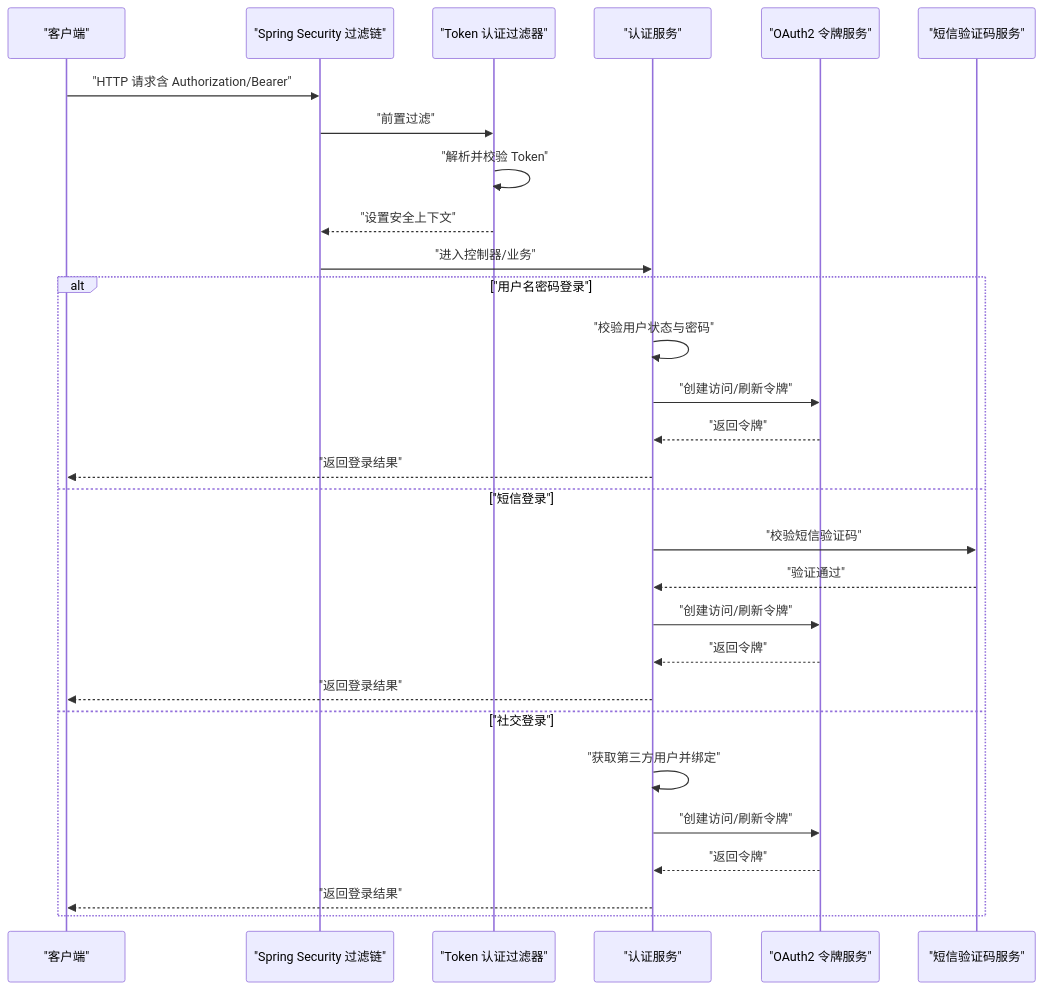
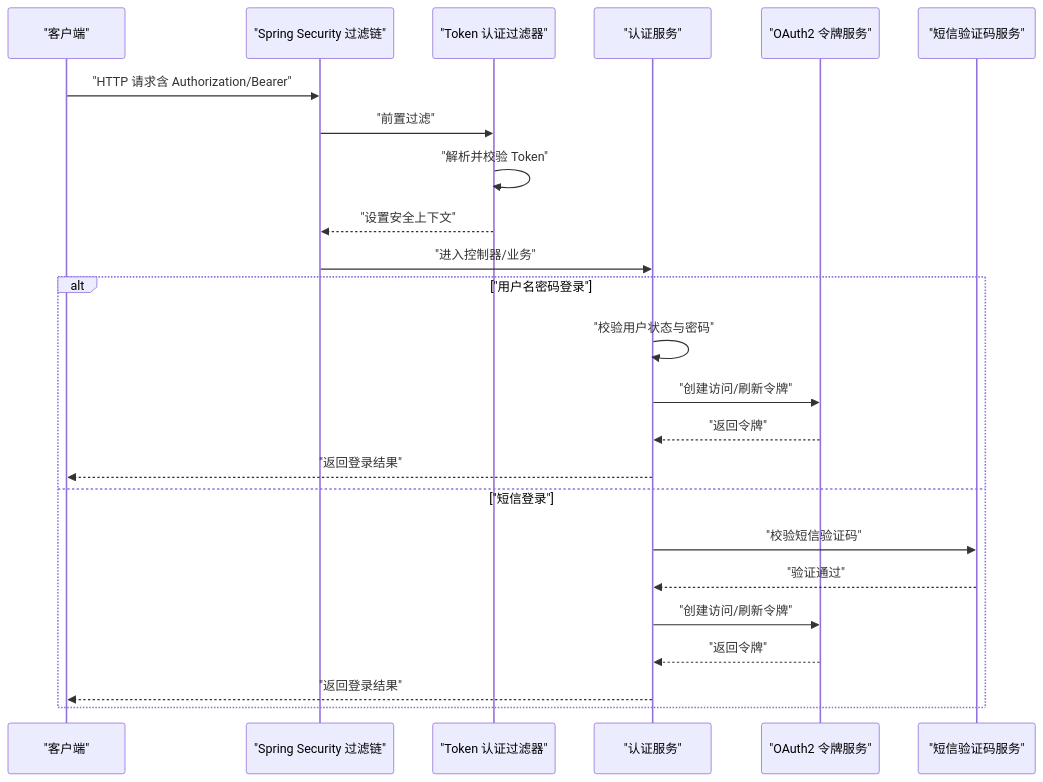
One commit to xiaoche80s-tech/rouyi-vue-pro changed the second of 7 diagrams in .qoder/repowiki/zh/content/安全认证/用户认证.md. Above: the diagram before and after it, drawn with Mermaid. The commit also changed other lines of this file and 515 other files, not shown here.

````diff
--- a/.qoder/repowiki/zh/content/安全认证/用户认证.md
+++ b/.qoder/repowiki/zh/content/安全认证/用户认证.md
@@ -140,31 +142,26 @@
 ```mermaid
 sequenceDiagram
 participant C as "客户端"
 participant SEC as "Spring Security 过滤链"
 participant TAF as "Token 认证过滤器"
 participant AUTH as "认证服务"
 participant OAUTH as "OAuth2 令牌服务"
 participant SMS as "短信验证码服务"
 C->>SEC : "HTTP 请求含 Authorization/Bearer"
 SEC->>TAF : "前置过滤"
 TAF->>TAF : "解析并校验 Token"
 TAF-->>SEC : "设置安全上下文"
 SEC->>AUTH : "进入控制器/业务"
 alt "用户名密码登录"
 AUTH->>AUTH : "校验用户状态与密码"
 AUTH->>OAUTH : "创建访问/刷新令牌"
 OAUTH-->>AUTH : "返回令牌"
 AUTH-->>C : "返回登录结果"
 else "短信登录"
 AUTH->>SMS : "校验短信验证码"
 SMS-->>AUTH : "验证通过"
 AUTH->>OAUTH : "创建访问/刷新令牌"
 OAUTH-->>AUTH : "返回令牌"
 AUTH-->>C : "返回登录结果"
-else "社交登录"
-AUTH->>AUTH : "获取第三方用户并绑定"
-AUTH->>OAUTH : "创建访问/刷新令牌"
-OAUTH-->>AUTH : "返回令牌"
-AUTH-->>C : "返回登录结果"
 end
 ```
````
